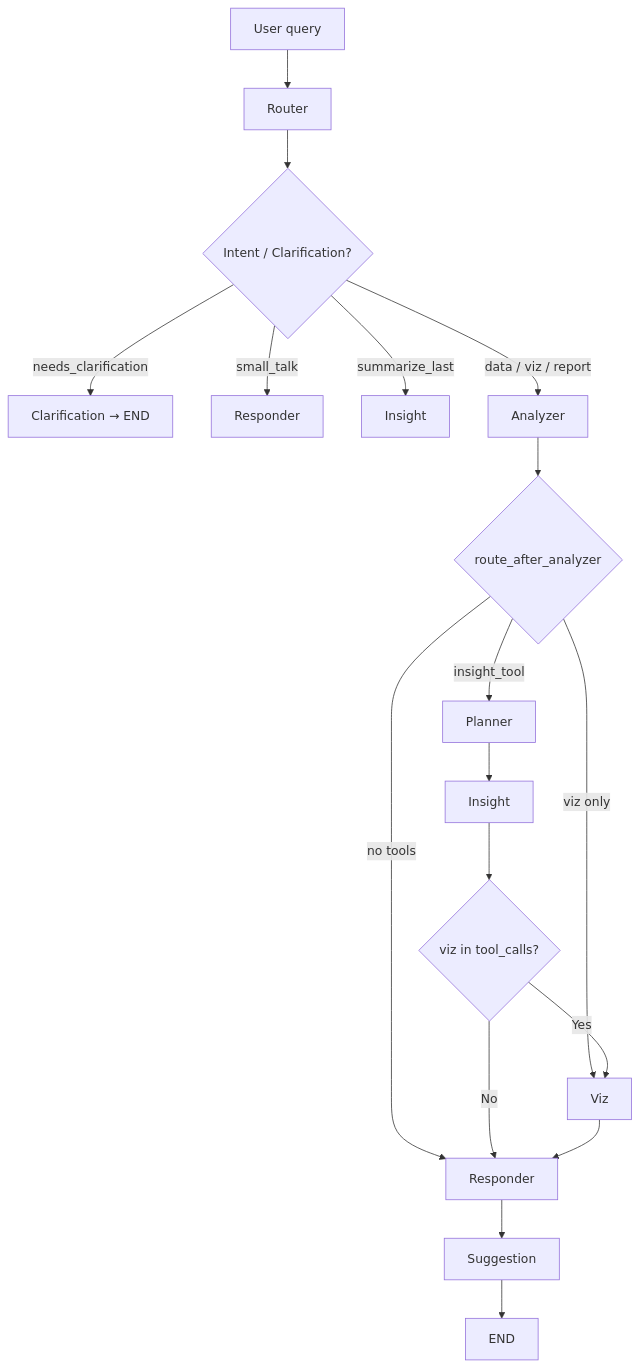
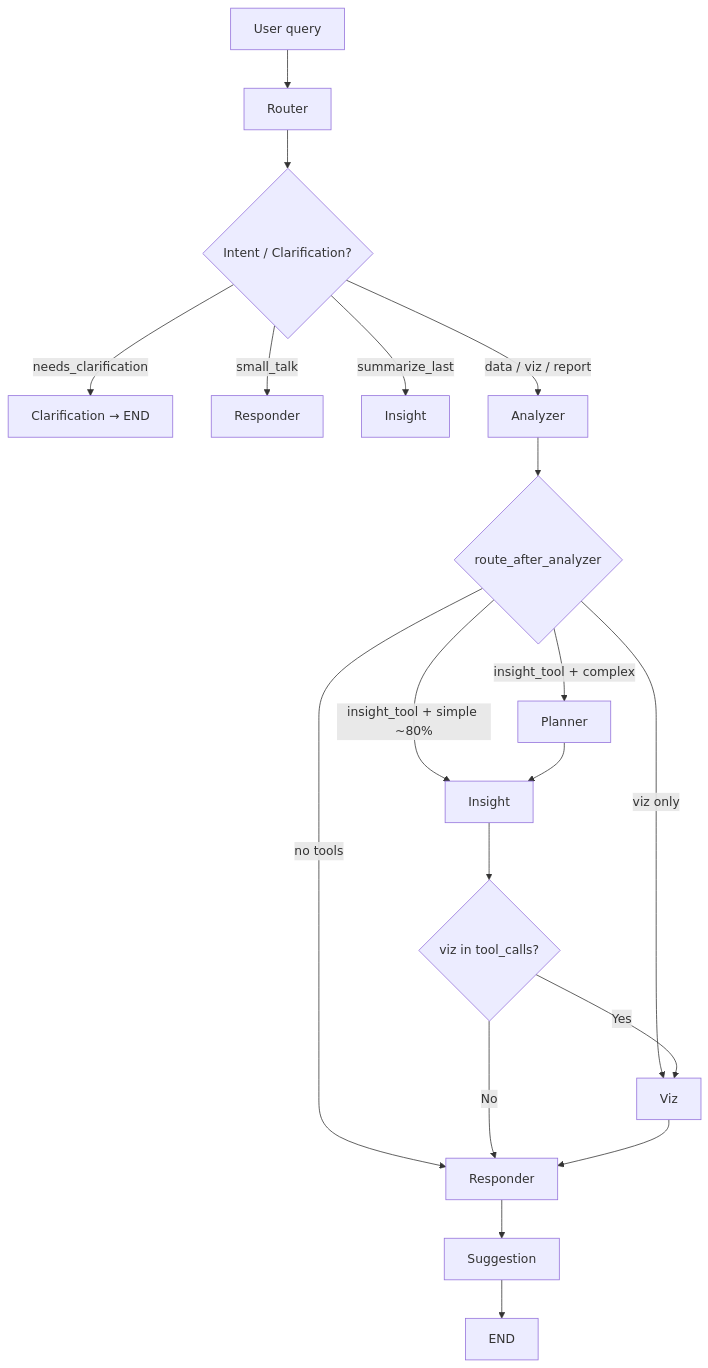
The diagram in chatbot/README.md (shivansh-2003/Data-Assistant), drawn with Mermaid before and after one commit. The commit also changed other lines of this file and 12 other files, not shown here.

````diff
--- a/chatbot/README.md
+++ b/chatbot/README.md
@@ -85,20 +126,21 @@
 ```mermaid
 flowchart TD
     A[User query] --> B[Router]
     B --> C{Intent / Clarification?}
     C -->|needs_clarification| D[Clarification → END]
     C -->|small_talk| E[Responder]
     C -->|summarize_last| F[Insight]
     C -->|data / viz / report| G[Analyzer]
     G --> H{route_after_analyzer}
-    H -->|insight_tool| I[Planner]
+    H -->|insight_tool + complex| I[Planner]
+    H -->|insight_tool + simple ~80%| L[Insight]
     H -->|viz only| J[Viz]
     H -->|no tools| K[Responder]
-    I --> L[Insight]
+    I --> L
     L --> M{viz in tool_calls?}
     M -->|Yes| J
     M -->|No| K
     J --> K
     K --> N[Suggestion]
     N --> O[END]
 ```
````
